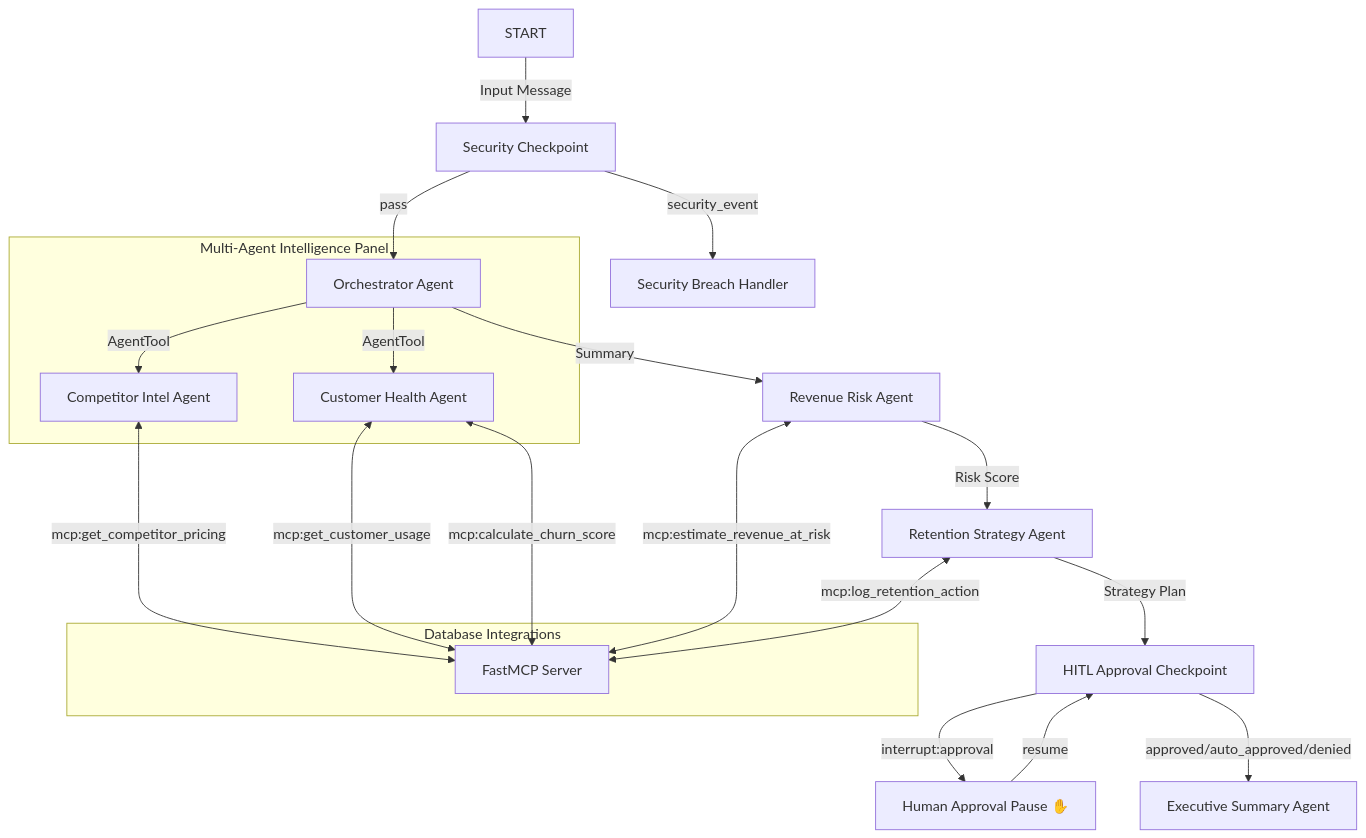
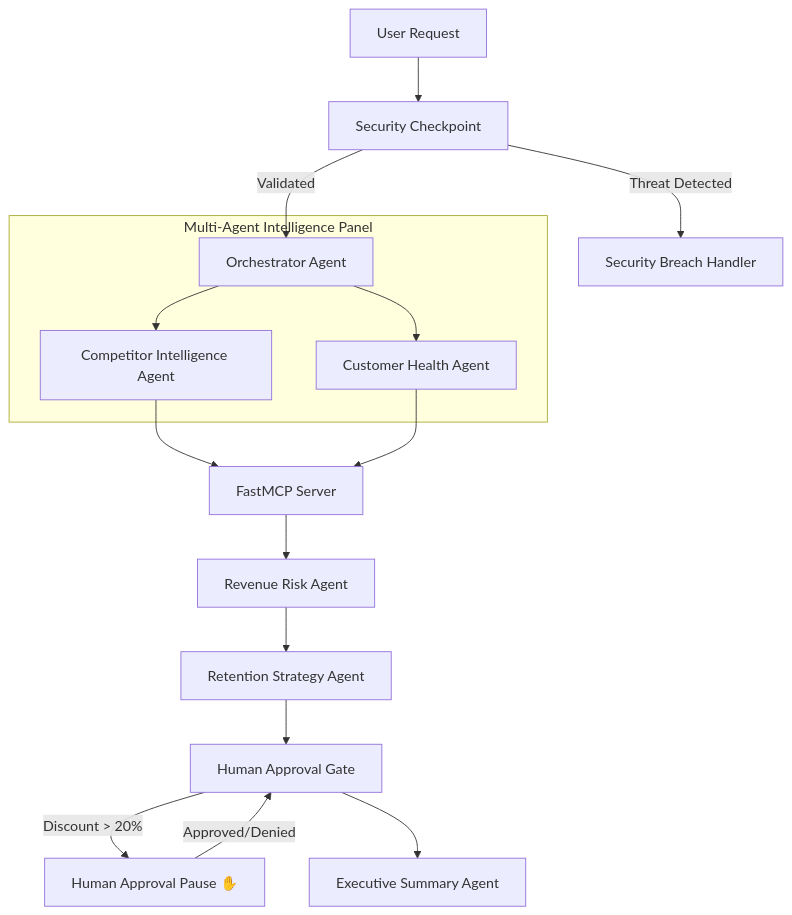
The diagram in SUBMISSION_WRITEUP.md (reshmanth-sai/revenueguard), drawn with Mermaid before and after one commit. The commit also changed other lines of this file, not shown here.

Commit message:
docs: upgrade capstone submission write-up with enhanced tables, details, and diagram

````diff
--- a/SUBMISSION_WRITEUP.md
+++ b/SUBMISSION_WRITEUP.md
@@ -13,30 +60,23 @@
 ```mermaid
 graph TD
-    START -->|Input Message| SC[Security Checkpoint]
-    SC -->|security_event| SBH[Security Breach Handler]
-    SC -->|pass| ORCH[Orchestrator Agent]
+    USER[User Request] --> SECURITY[Security Checkpoint]
+    SECURITY -->|Threat Detected| BREACH[Security Breach Handler]
+    SECURITY -->|Validated| ORCH[Orchestrator Agent]
     
     subgraph Multi-Agent Intelligence Panel
-        ORCH -->|AgentTool| CIA[Competitor Intel Agent]
-        ORCH -->|AgentTool| CHA[Customer Health Agent]
+        ORCH --> COMP[Competitor Intelligence Agent]
+        ORCH --> HEALTH[Customer Health Agent]
     end
     
-    subgraph Database Integrations
-        CIA <-->|mcp:get_competitor_pricing| MCP[FastMCP Server]
-        CHA <-->|mcp:get_customer_usage| MCP
-        CHA <-->|mcp:calculate_churn_score| MCP
-    end
+    COMP --> MCP[FastMCP Server]
+    HEALTH --> MCP
     
-    ORCH -->|Summary| RRA[Revenue Risk Agent]
-    RRA <-->|mcp:estimate_revenue_at_risk| MCP
+    MCP --> RISK[Revenue Risk Agent]
+    RISK --> STRATEGY[Retention Strategy Agent]
+    STRATEGY --> HITL[Human Approval Gate]
     
-    RRA -->|Risk Score| RSA[Retention Strategy Agent]
-    RSA <-->|mcp:log_retention_action| MCP
+    HITL -->|Discount > 20%| Human[Human Approval Pause ✋]
+    Human -->|Approved/Denied| HITL
     
-    RSA -->|Strategy Plan| HAC[HITL Approval Checkpoint]
-    
-    HAC -->|interrupt:approval| Human[Human Approval Pause ✋]
-    Human -->|resume| HAC
-    
-    HAC -->|approved/auto_approved/denied| ESA[Executive Summary Agent]
+    HITL --> SUMMARY[Executive Summary Agent]
 ```
````
